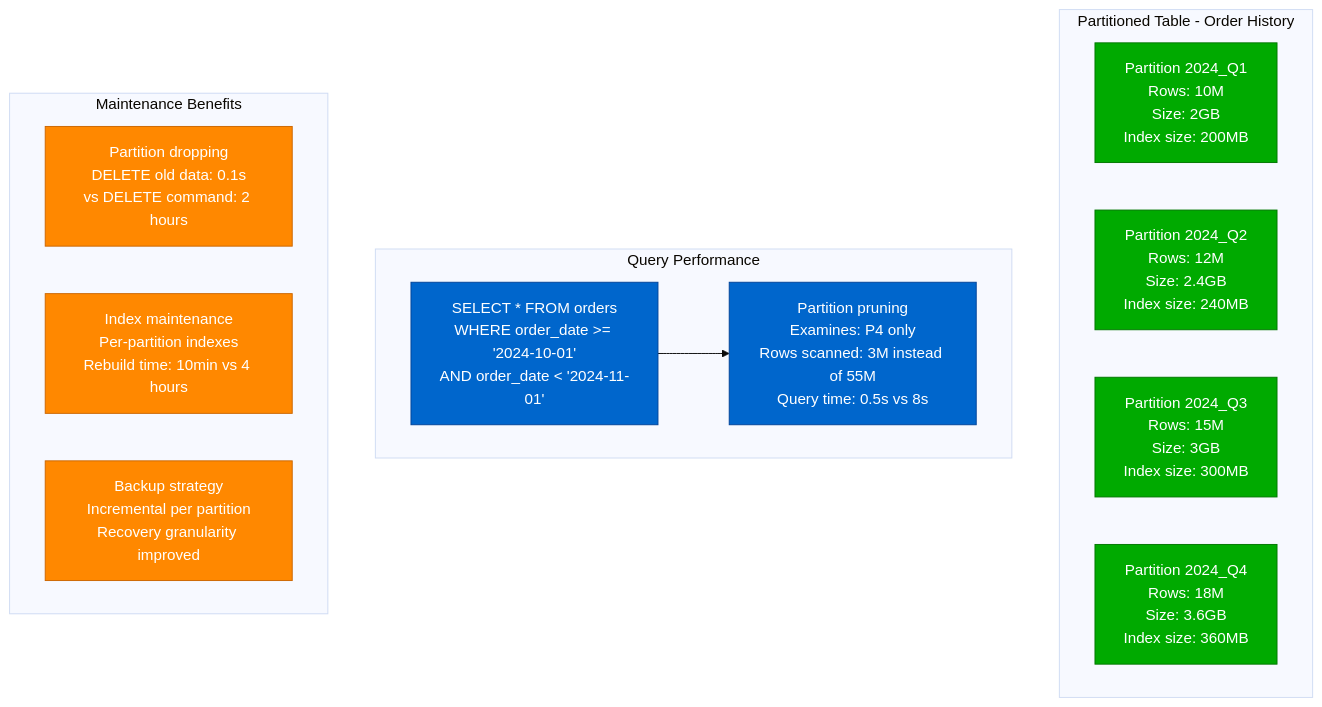
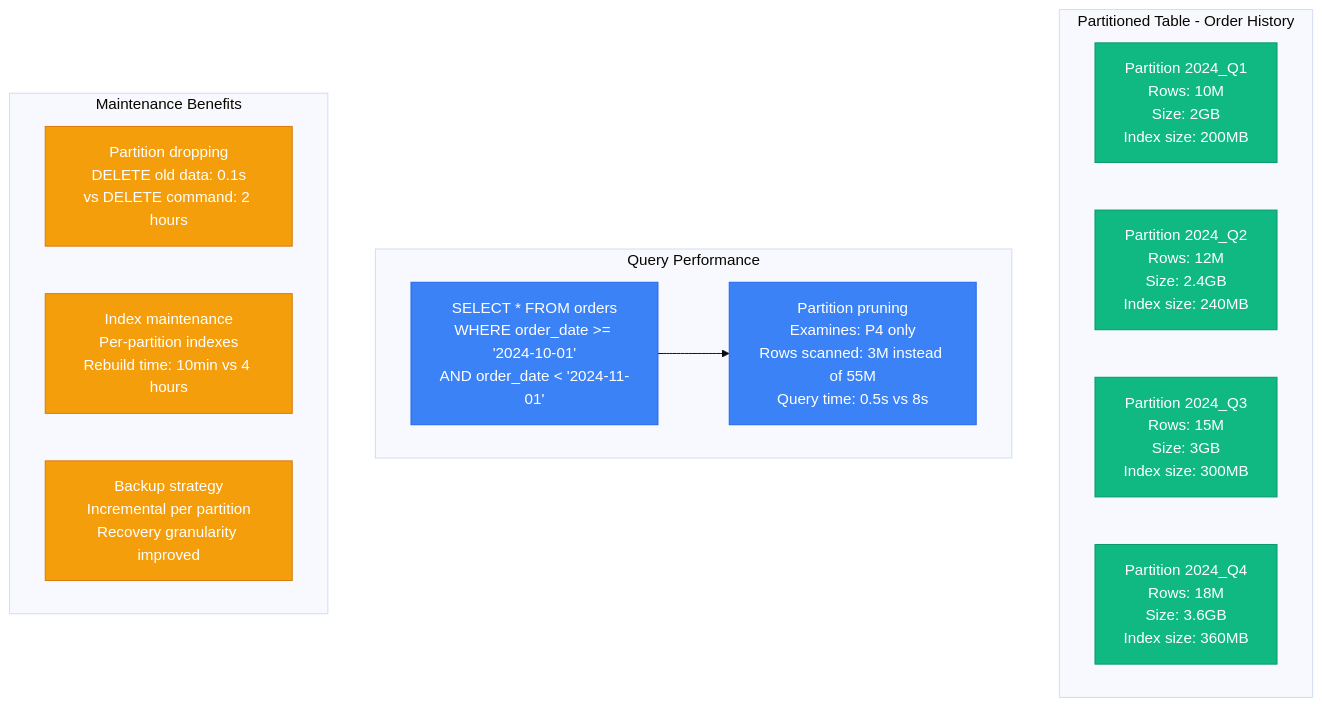
The fifth of 11 diagrams in site/docs/performance/mysql-performance-profile.md (deepaucksharma/DS), drawn with Mermaid (base theme) before and after one commit. The commit also changed other lines of this file and 303 other files, not shown here.

````diff
--- a/site/docs/performance/mysql-performance-profile.md
+++ b/site/docs/performance/mysql-performance-profile.md
@@ -215,36 +215,36 @@
 ```mermaid
 graph TB
     subgraph "Partitioned Table - Order History"
         P1[Partition 2024_Q1<br/>Rows: 10M<br/>Size: 2GB<br/>Index size: 200MB]
 
         P2[Partition 2024_Q2<br/>Rows: 12M<br/>Size: 2.4GB<br/>Index size: 240MB]
 
         P3[Partition 2024_Q3<br/>Rows: 15M<br/>Size: 3GB<br/>Index size: 300MB]
 
         P4[Partition 2024_Q4<br/>Rows: 18M<br/>Size: 3.6GB<br/>Index size: 360MB]
     end
 
     subgraph "Query Performance"
         Q1[SELECT * FROM orders<br/>WHERE order_date >= '2024-10-01'<br/>AND order_date < '2024-11-01']
 
         Q2[Partition pruning<br/>Examines: P4 only<br/>Rows scanned: 3M instead of 55M<br/>Query time: 0.5s vs 8s]
 
         Q1 --> Q2
     end
 
     subgraph "Maintenance Benefits"
         M1[Partition dropping<br/>DELETE old data: 0.1s<br/>vs DELETE command: 2 hours]
 
         M2[Index maintenance<br/>Per-partition indexes<br/>Rebuild time: 10min vs 4 hours]
 
         M3[Backup strategy<br/>Incremental per partition<br/>Recovery granularity improved]
     end
 
-    classDef partitionStyle fill:#00AA00,stroke:#007700,color:#fff
-    classDef queryStyle fill:#0066CC,stroke:#004499,color:#fff
-    classDef maintStyle fill:#FF8800,stroke:#CC6600,color:#fff
+    classDef partitionStyle fill:#10B981,stroke:#059669,color:#fff
+    classDef queryStyle fill:#3B82F6,stroke:#2563EB,color:#fff
+    classDef maintStyle fill:#F59E0B,stroke:#D97706,color:#fff
 
     class P1,P2,P3,P4 partitionStyle
     class Q1,Q2 queryStyle
     class M1,M2,M3 maintStyle
 ```
````
